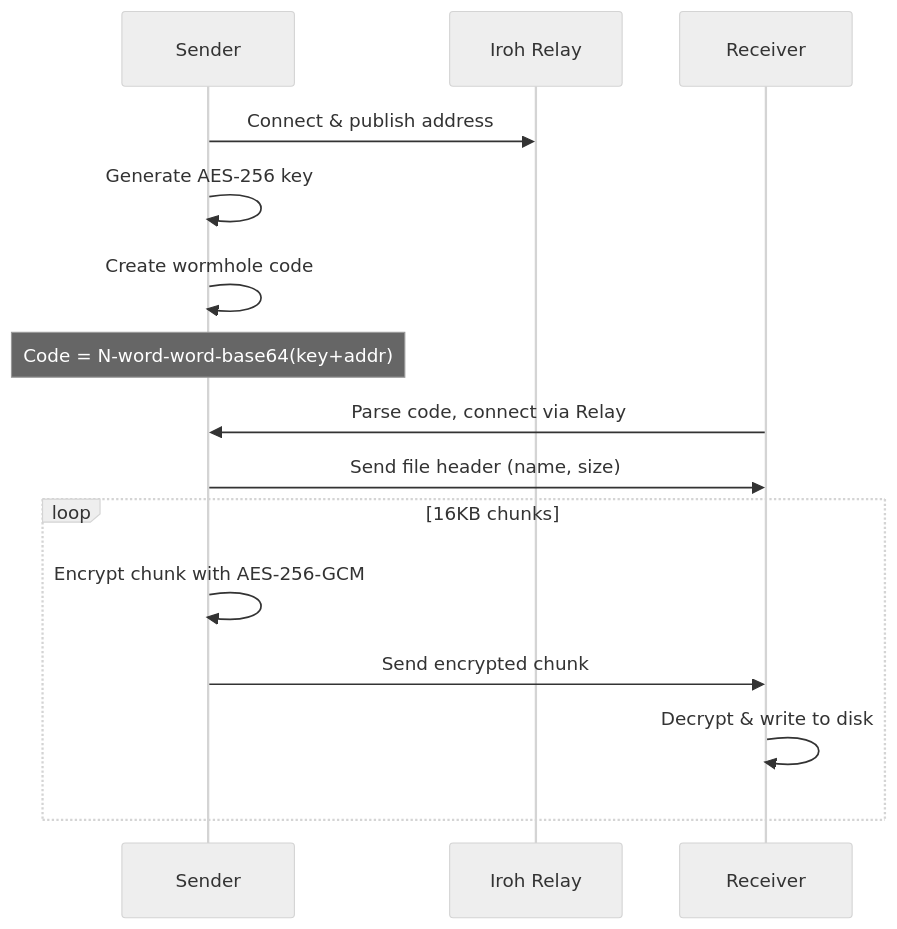
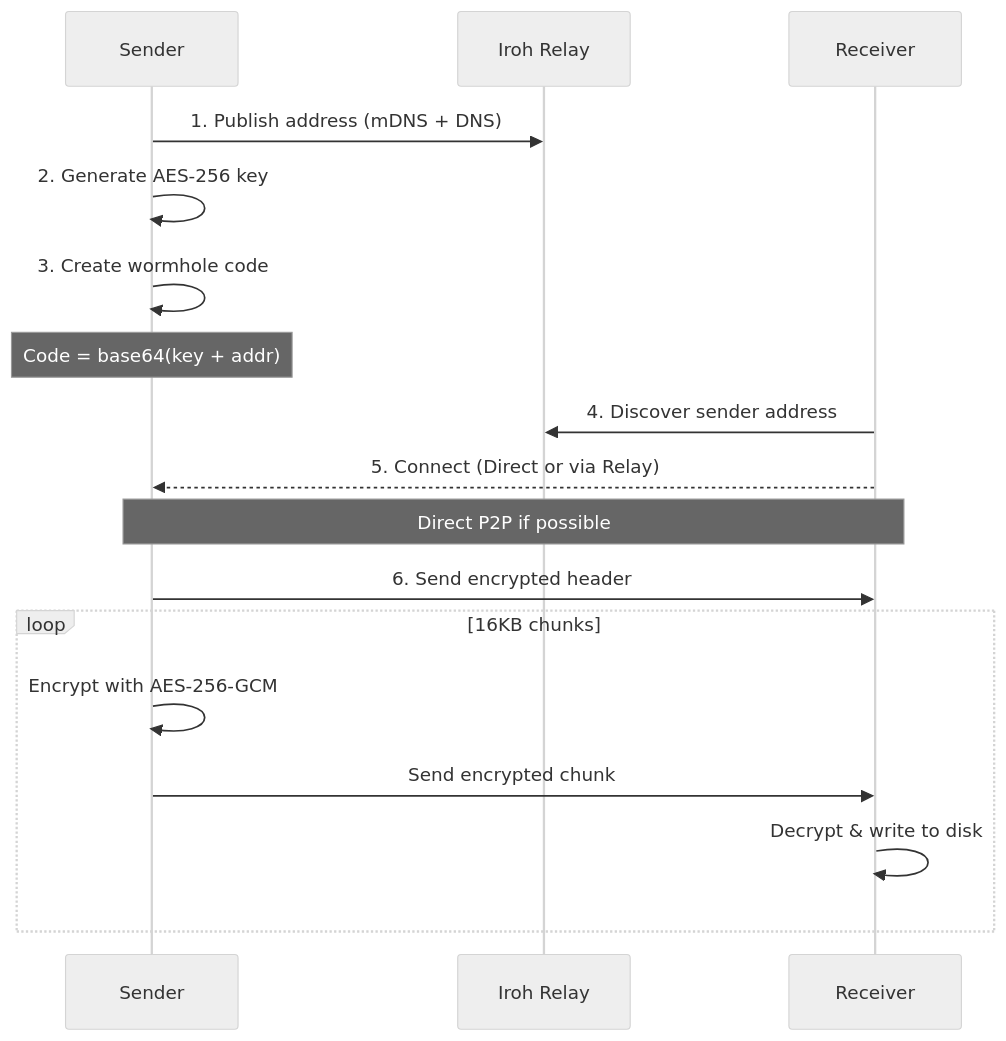
The diagram in docs/ARCHITECTURE.md (andrewtheguy/wormhole-rs), drawn with Mermaid (neutral theme) before and after one commit. The commit also changed other lines of this file and 1 other file, not shown here.

````diff
--- a/docs/ARCHITECTURE.md
+++ b/docs/ARCHITECTURE.md
@@ -9,20 +9,23 @@
 ```mermaid
 sequenceDiagram
     participant Sender
     participant Relay as Iroh Relay
     participant Receiver
     
-    Sender->>Relay: Connect & publish address
-    Sender->>Sender: Generate AES-256 key
-    Sender->>Sender: Create wormhole code
-    Note over Sender: Code = N-word-word-base64(key+addr)
+    Sender->>Relay: 1. Publish address (mDNS + DNS)
+    Sender->>Sender: 2. Generate AES-256 key
+    Sender->>Sender: 3. Create wormhole code
+    Note over Sender: Code = base64(key + addr)
     
-    Receiver->>Sender: Parse code, connect via Relay
-    Sender->>Receiver: Send file header (name, size)
+    Receiver->>Relay: 4. Discover sender address
+    Receiver-->>Sender: 5. Connect (Direct or via Relay)
+    Note over Sender,Receiver: Direct P2P if possible
+    
+    Sender->>Receiver: 6. Send encrypted header
     
     loop 16KB chunks
-        Sender->>Sender: Encrypt chunk with AES-256-GCM
+        Sender->>Sender: Encrypt with AES-256-GCM
         Sender->>Receiver: Send encrypted chunk
         Receiver->>Receiver: Decrypt & write to disk
     end
 ```
````
